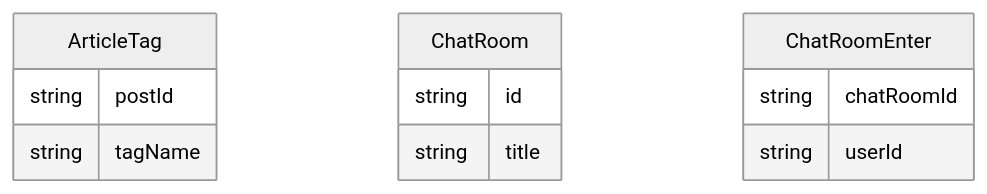
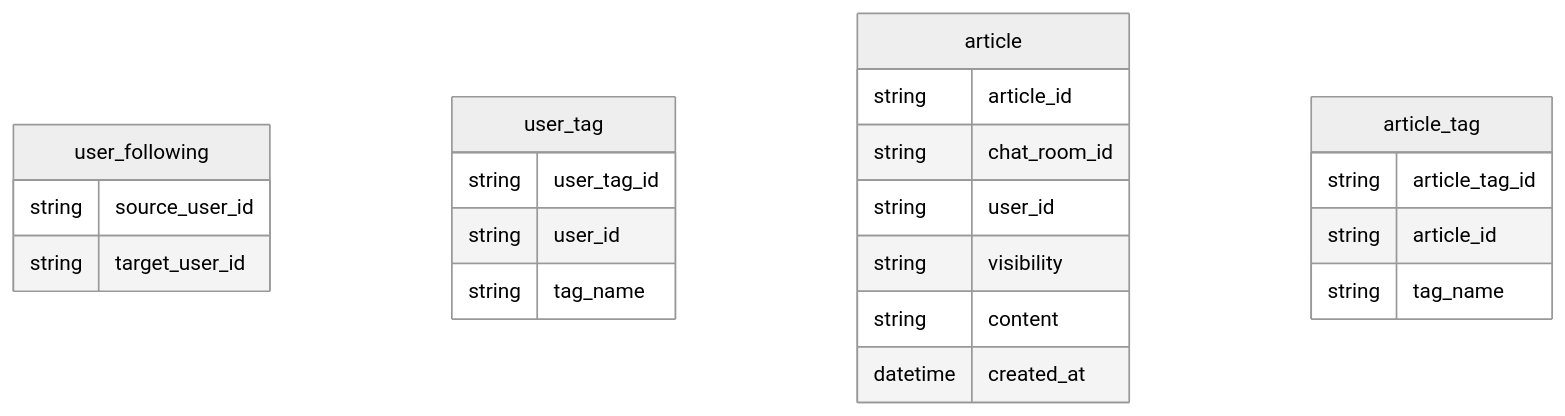
The second of 8 diagrams in backend/docs/db.md (frost-community/frost), drawn with Mermaid (neutral theme) before and after one commit. The commit also changed other lines of this file, not shown here.

````diff
--- a/backend/docs/db.md
+++ b/backend/docs/db.md
@@ -35,17 +38,28 @@
 ```mermaid
 erDiagram
-  ArticleTag {
-    string postId
-    string tagName
+  user_following {
+    string source_user_id
+    string target_user_id
   }
 
-  ChatRoom {
-    string id
-    string title
+  user_tag {
+    string user_tag_id
+    string user_id
+    string tag_name
   }
 
-  ChatRoomEnter {
-    string chatRoomId
-    string userId
+  article {
+    string article_id
+    string chat_room_id
+    string user_id
+    string visibility
+    string content
+    datetime created_at
+  }
+
+  article_tag {
+    string article_tag_id
+    string article_id
+    string tag_name
   }
 ```
````
